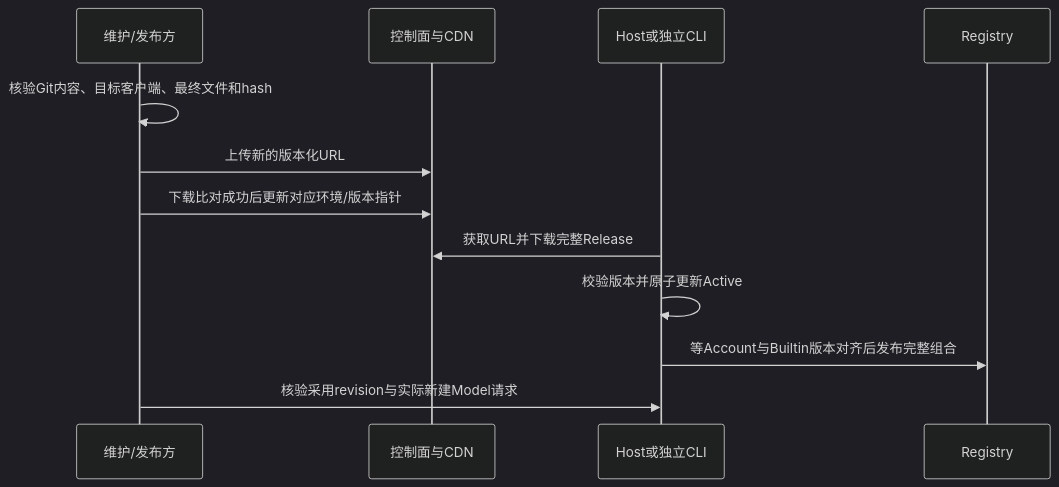
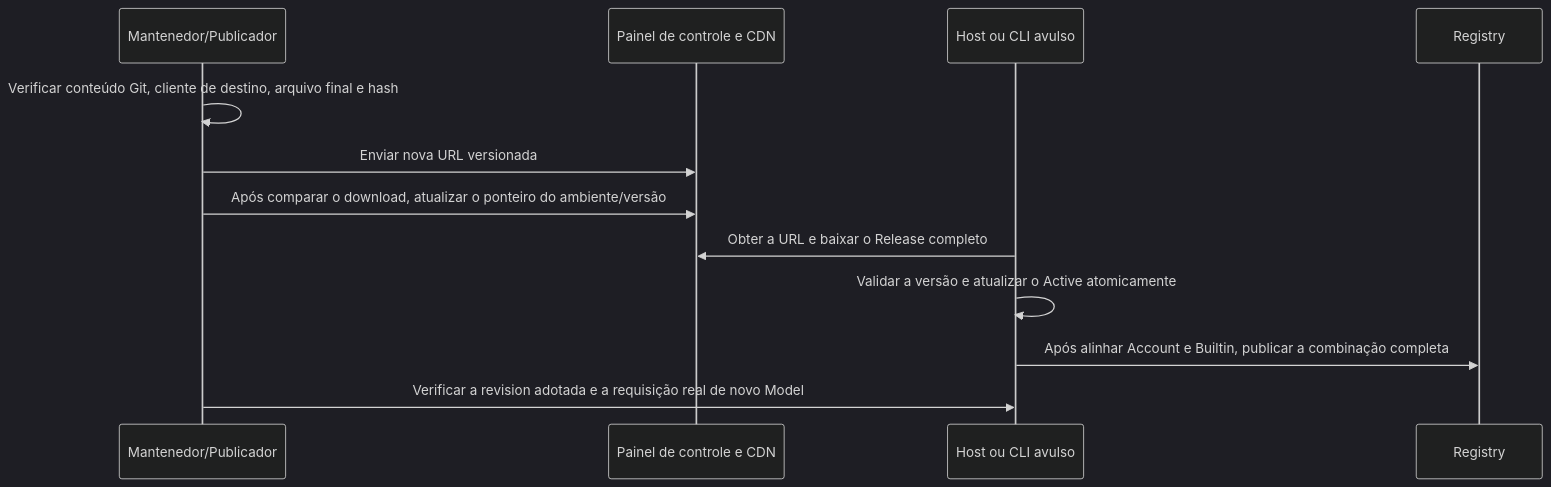
Before and after one commit to JoaoNetoDev/BR-Code: the diagram in docs/builtin-provider-maintenance/delivery.md, drawn with Mermaid (dark theme). The commit also changed other lines of this file and 177 other files, not shown here.

````diff
--- a/docs/builtin-provider-maintenance/delivery.md
+++ b/docs/builtin-provider-maintenance/delivery.md
@@ -47,14 +47,14 @@
 ```mermaid
 sequenceDiagram
-    participant M as 维护/发布方
-    participant C as 控制面与CDN
-    participant H as Host或独立CLI
+    participant M as Mantenedor/Publicador
+    participant C as Painel de controle e CDN
+    participant H as Host ou CLI avulso
     participant R as Registry
-    M->>M: 核验Git内容、目标客户端、最终文件和hash
-    M->>C: 上传新的版本化URL
-    M->>C: 下载比对成功后更新对应环境/版本指针
-    H->>C: 获取URL并下载完整Release
-    H->>H: 校验版本并原子更新Active
-    H->>R: 等Account与Builtin版本对齐后发布完整组合
-    M->>H: 核验采用revision与实际新建Model请求
+    M->>M: Verificar conteúdo Git, cliente de destino, arquivo final e hash
+    M->>C: Enviar nova URL versionada
+    M->>C: Após comparar o download, atualizar o ponteiro do ambiente/versão
+    H->>C: Obter a URL e baixar o Release completo
+    H->>H: Validar a versão e atualizar o Active atomicamente
+    H->>R: Após alinhar Account e Builtin, publicar a combinação completa
+    M->>H: Verificar a revision adotada e a requisição real de novo Model
 ```
````
